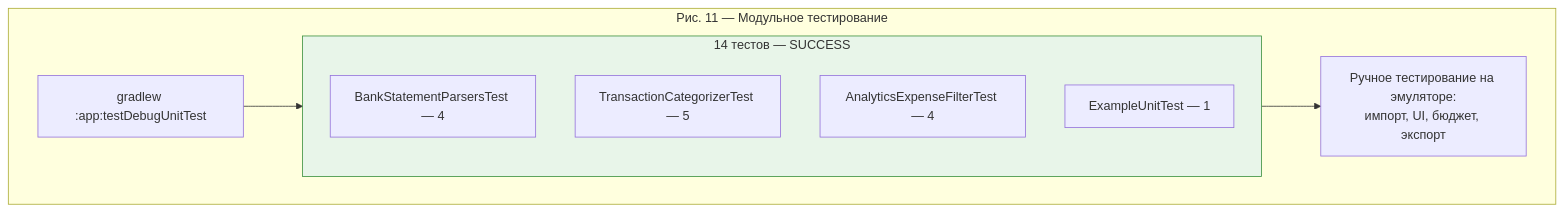
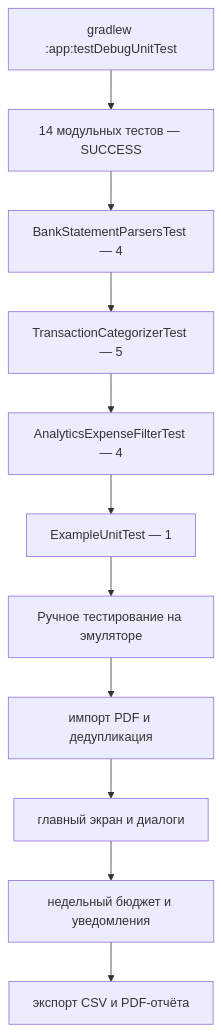
Before and after one commit to klimlukichev/financeApp: the diagram in docs/practice-report/figures/11-testing.mmd, drawn with Mermaid. The commit also changed 31 other files, not shown here.

```diff
--- a/docs/practice-report/figures/11-testing.mmd
+++ b/docs/practice-report/figures/11-testing.mmd
@@ -1,15 +1,14 @@
 flowchart TB
-    subgraph tests [Рис. 11 — Модульное тестирование]
-        gradle["gradlew :app:testDebugUnitTest"]
-        subgraph suite [14 тестов — SUCCESS]
-            t1[BankStatementParsersTest — 4]
-            t2[TransactionCategorizerTest — 5]
-            t3[AnalyticsExpenseFilterTest — 4]
-            t4[ExampleUnitTest — 1]
-        end
-        manual["Ручное тестирование на эмуляторе:\nимпорт, UI, бюджет, экспорт"]
-        gradle --> suite
-        suite --> manual
-    end
+    gradle["gradlew :app:testDebugUnitTest"]
+    gradle --> summary[14 модульных тестов — SUCCESS]
 
-    style suite fill:#e8f5e9,stroke:#388e3c
+    summary --> t1[BankStatementParsersTest — 4]
+    t1 --> t2[TransactionCategorizerTest — 5]
+    t2 --> t3[AnalyticsExpenseFilterTest — 4]
+    t3 --> t4[ExampleUnitTest — 1]
+
+    t4 --> manual[Ручное тестирование на эмуляторе]
+    manual --> m1[импорт PDF и дедупликация]
+    m1 --> m2[главный экран и диалоги]
+    m2 --> m3[недельный бюджет и уведомления]
+    m3 --> m4[экспорт CSV и PDF-отчёта]
```
